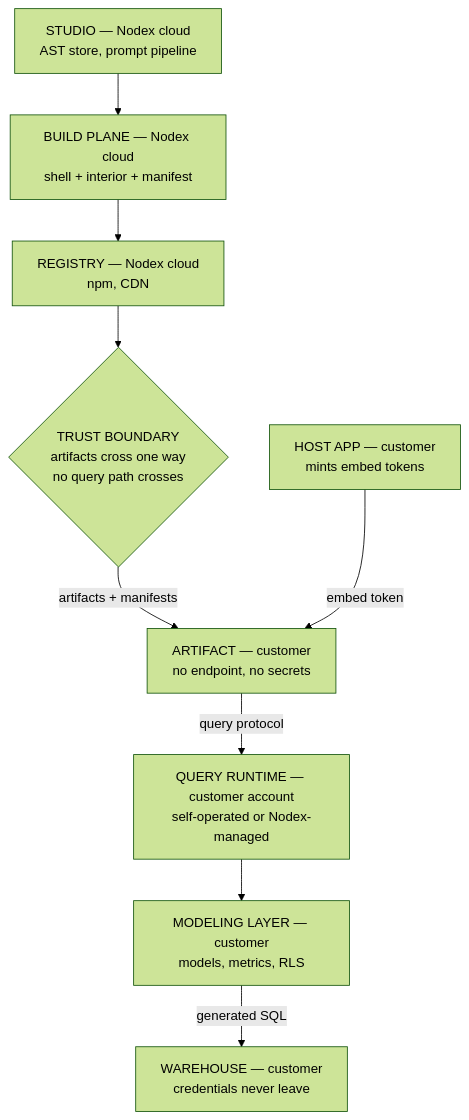
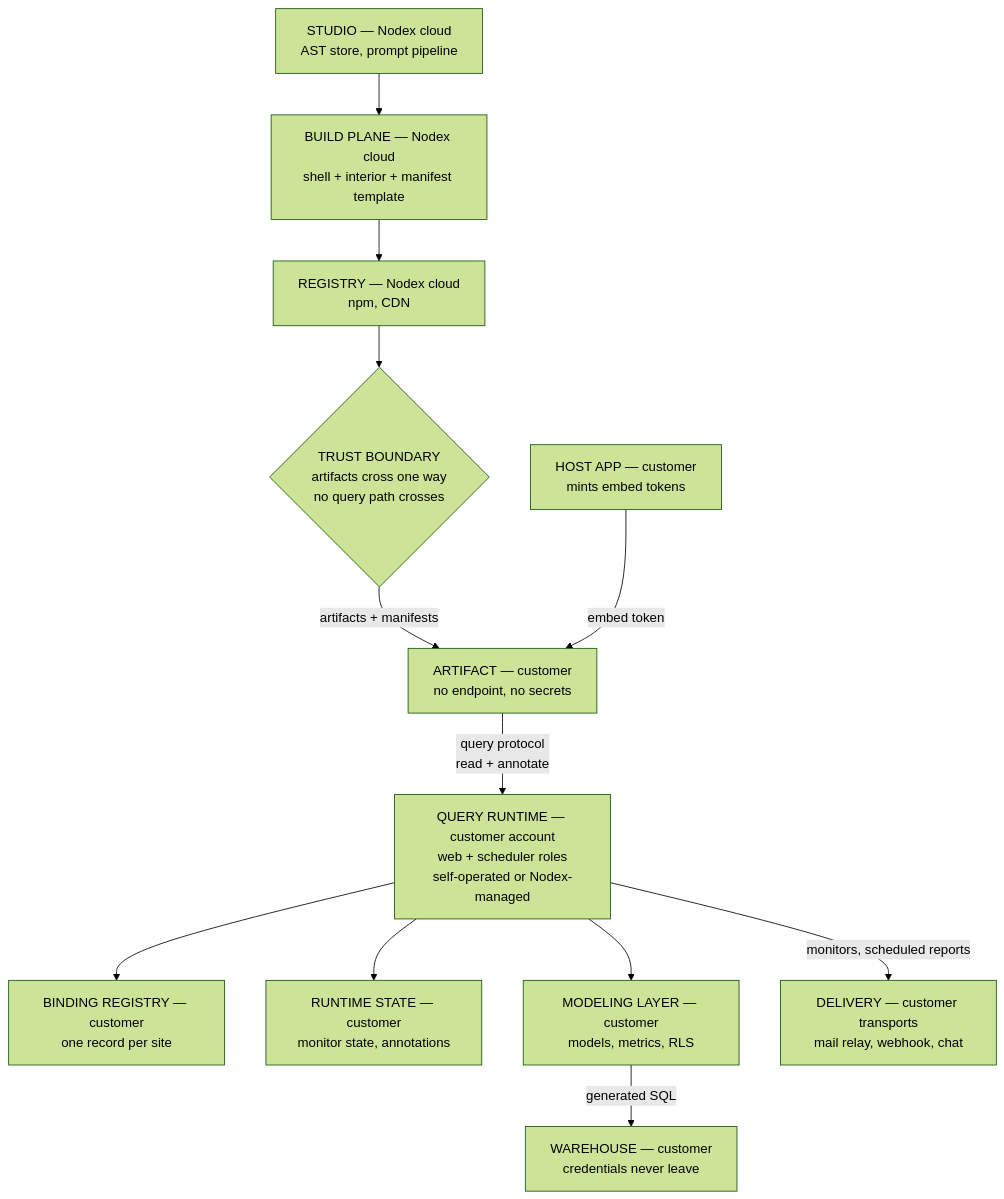
Before and after one commit to Nodex-Studio/nodex-website: the diagram in diagrams/system-context.mmd, drawn with Mermaid (forest theme). The commit also changed 34 other files, not shown here.

```diff
--- a/diagrams/system-context.mmd
+++ b/diagrams/system-context.mmd
@@ -1,28 +1,39 @@
 graph TD
   studio["STUDIO — Nodex cloud
 AST store, prompt pipeline"]
   build["BUILD PLANE — Nodex cloud
-shell + interior + manifest"]
+shell + interior + manifest template"]
   reg["REGISTRY — Nodex cloud
 npm, CDN"]
   boundary{"TRUST BOUNDARY
 artifacts cross one way
 no query path crosses"}
   art["ARTIFACT — customer
 no endpoint, no secrets"]
   host["HOST APP — customer
 mints embed tokens"]
   rt["QUERY RUNTIME — customer account
+web + scheduler roles
 self-operated or Nodex-managed"]
+  bind["BINDING REGISTRY — customer
+one record per site"]
+  state["RUNTIME STATE — customer
+monitor state, annotations"]
   model["MODELING LAYER — customer
 models, metrics, RLS"]
   wh["WAREHOUSE — customer
 credentials never leave"]
+  deliver["DELIVERY — customer transports
+mail relay, webhook, chat"]
   studio --> build
   build --> reg
   reg --> boundary
   boundary -- "artifacts + manifests" --> art
   host -- "embed token" --> art
-  art -- "query protocol" --> rt
+  art -- "query protocol
+read + annotate" --> rt
+  rt --> bind
+  rt --> state
   rt --> model
   model -- "generated SQL" --> wh
+  rt -- "monitors, scheduled reports" --> deliver
```
